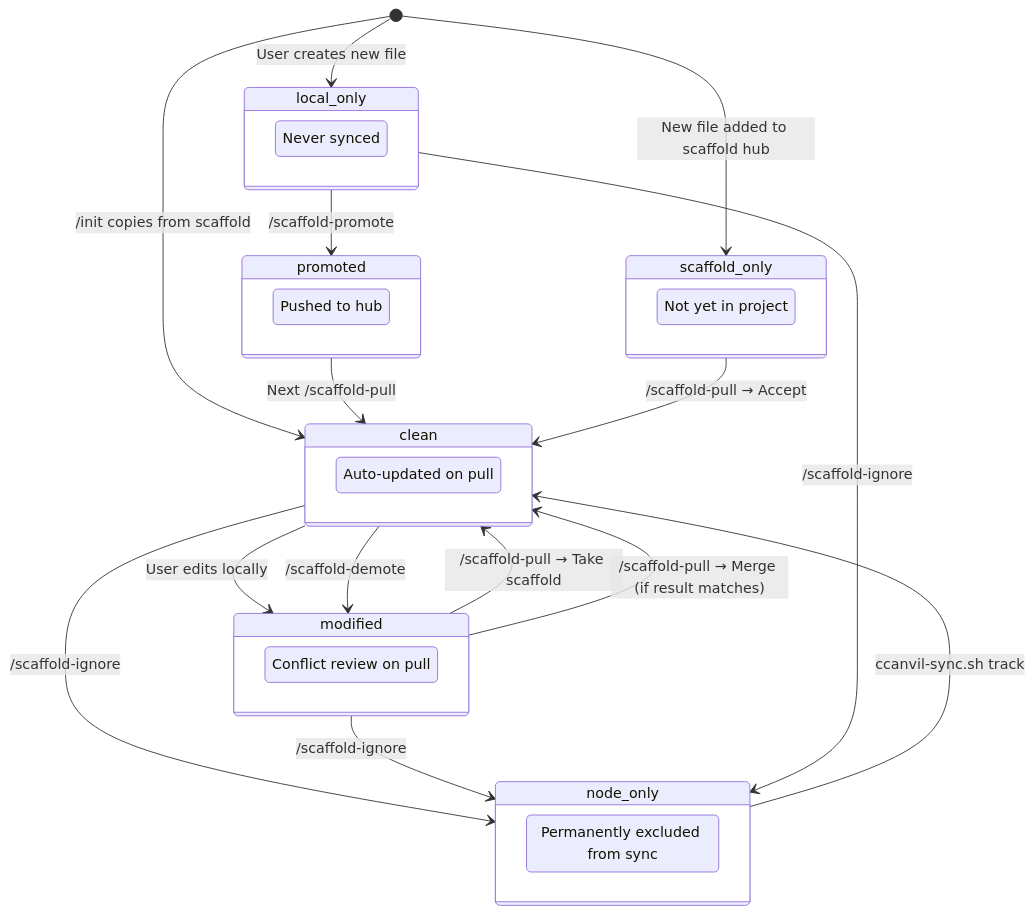
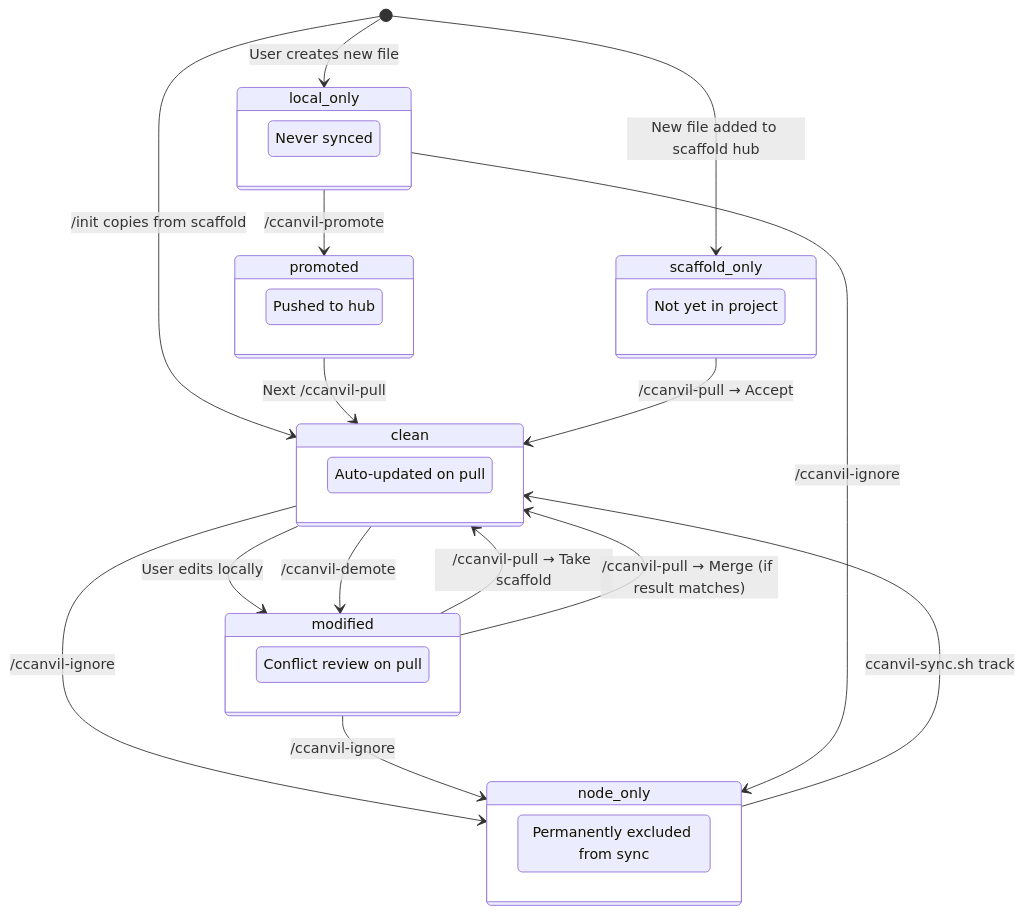
The second of 6 diagrams in preset/.ccanvil/guide/scaffold-sync.md (goldhaxx/ccanvil), drawn with Mermaid before and after one commit. The commit also changed other lines of this file and 14 other files, not shown here.

````diff
--- a/preset/.ccanvil/guide/scaffold-sync.md
+++ b/preset/.ccanvil/guide/scaffold-sync.md
@@ -62,42 +62,42 @@
 ```mermaid
 stateDiagram-v2
     [*] --> clean: /init copies from scaffold
 
     clean --> modified: User edits locally
-    clean --> modified: /scaffold-demote
+    clean --> modified: /ccanvil-demote
 
-    modified --> clean: /scaffold-pull → Take scaffold
-    modified --> clean: /scaffold-pull → Merge (if result matches)
+    modified --> clean: /ccanvil-pull → Take scaffold
+    modified --> clean: /ccanvil-pull → Merge (if result matches)
 
     [*] --> local_only: User creates new file
 
-    local_only --> promoted: /scaffold-promote
-    promoted --> clean: Next /scaffold-pull
+    local_only --> promoted: /ccanvil-promote
+    promoted --> clean: Next /ccanvil-pull
 
     [*] --> scaffold_only: New file added to scaffold hub
-    scaffold_only --> clean: /scaffold-pull → Accept
+    scaffold_only --> clean: /ccanvil-pull → Accept
 
-    clean --> node_only: /scaffold-ignore
-    modified --> node_only: /scaffold-ignore
-    local_only --> node_only: /scaffold-ignore
+    clean --> node_only: /ccanvil-ignore
+    modified --> node_only: /ccanvil-ignore
+    local_only --> node_only: /ccanvil-ignore
     node_only --> clean: ccanvil-sync.sh track
 
     state clean {
         [*]: Auto-updated on pull
     }
     state modified {
         [*]: Conflict review on pull
     }
     state local_only {
         [*]: Never synced
     }
     state promoted {
         [*]: Pushed to hub
     }
     state scaffold_only {
         [*]: Not yet in project
     }
     state node_only {
         [*]: Permanently excluded from sync
     }
 ```
````
